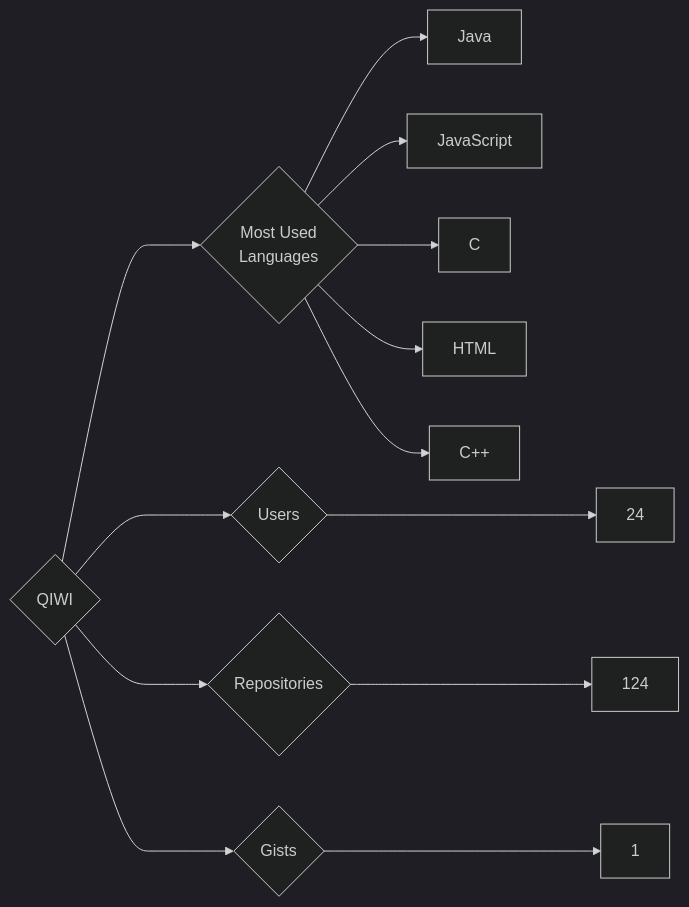
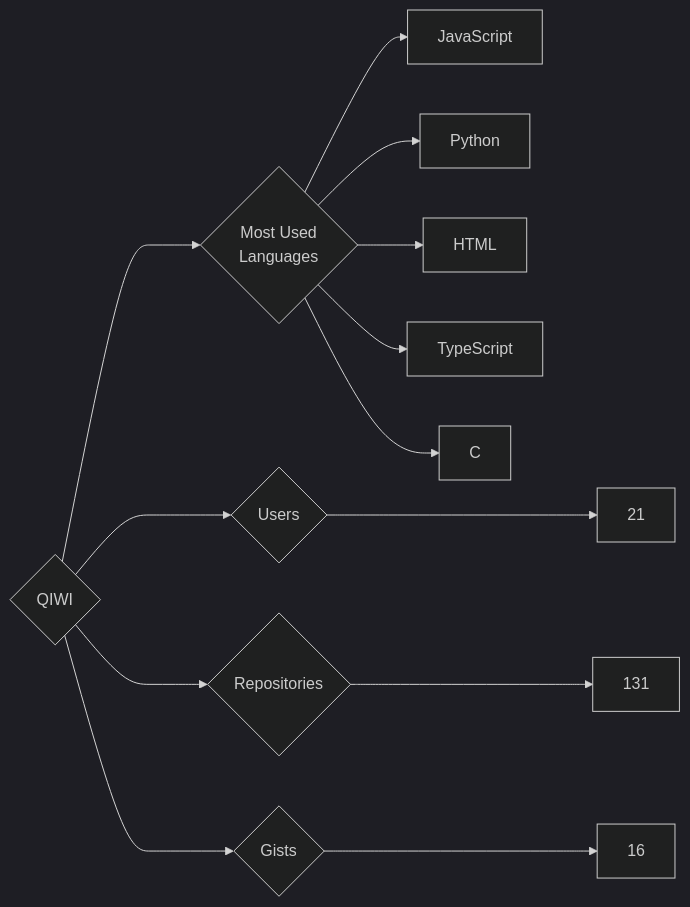
Before and after one commit to trickest/insiders: the diagram in targets/QIWI/README.md, drawn with Mermaid (dark theme). The commit also changed 877 other files, not shown here.

````diff
--- a/targets/QIWI/README.md
+++ b/targets/QIWI/README.md
@@ -3,13 +3,13 @@
 ```mermaid
 graph LR
 COMPANY_NAME{QIWI}
-COMPANY_NAME ---> U{Users} ---> UN[24]
-COMPANY_NAME ---> R{Repositories} ---> RN[124]
-COMPANY_NAME ---> G{Gists} ---> GN[1]
+COMPANY_NAME ---> U{Users} ---> UN[21]
+COMPANY_NAME ---> R{Repositories} ---> RN[131]
+COMPANY_NAME ---> G{Gists} ---> GN[16]
 COMPANY_NAME ---> ML{Most Used<br>Languages}
-ML --> Java[Java]
 ML --> JavaScript[JavaScript]
+ML --> Python[Python]
+ML --> HTML[HTML]
+ML --> TypeScript[TypeScript]
 ML --> C[C]
-ML --> HTML[HTML]
-ML --> C++[C++]
 ```
````
